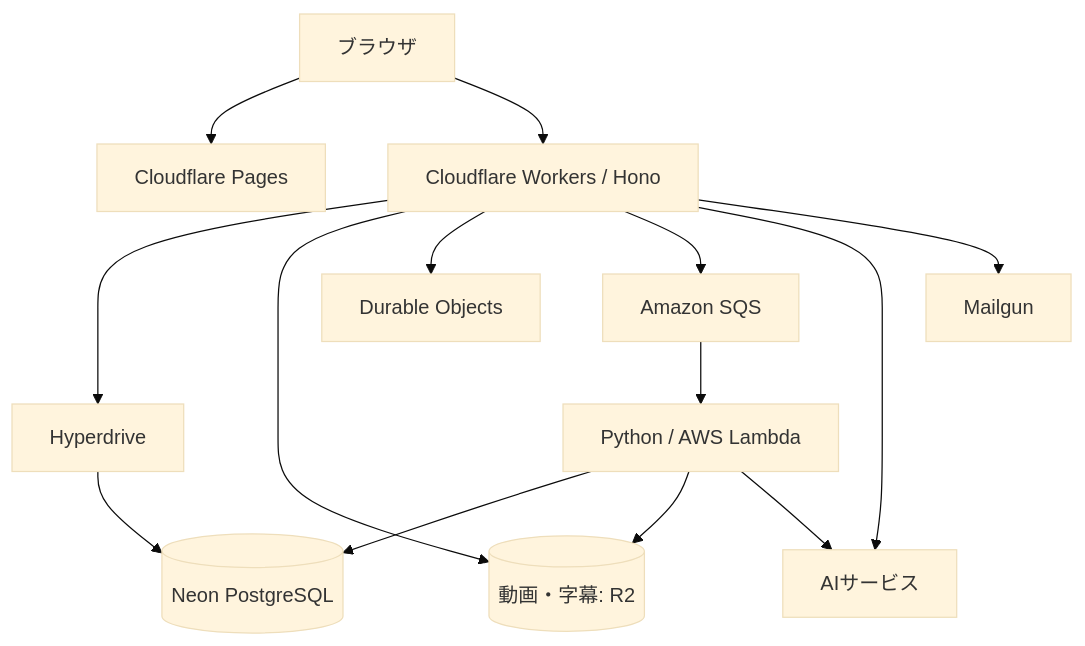
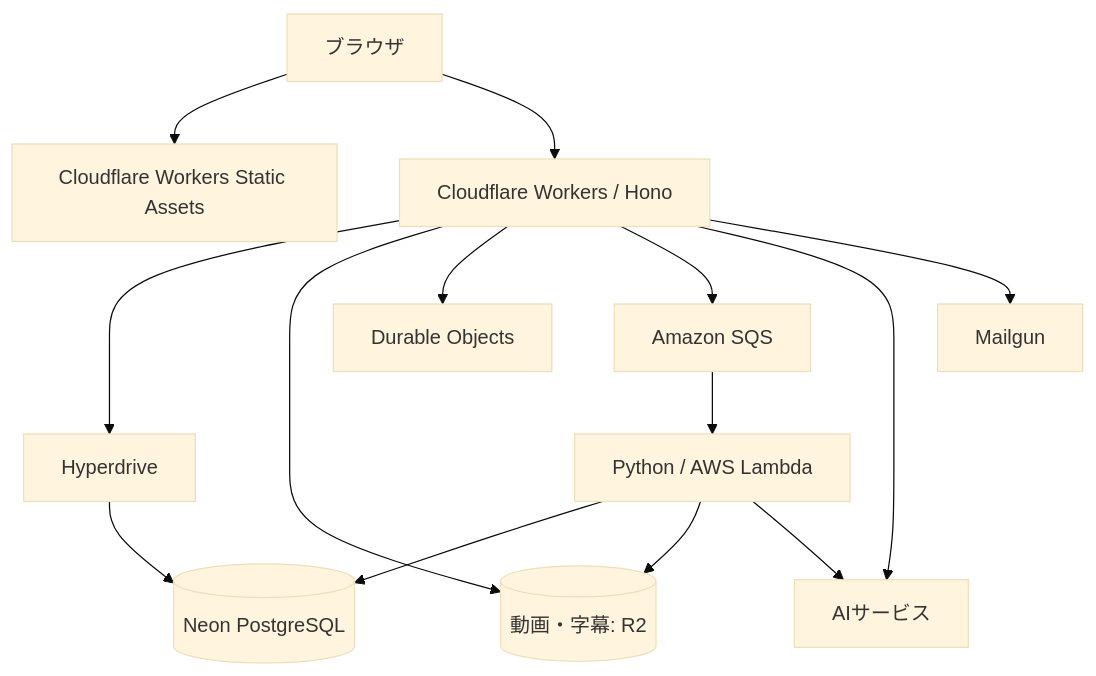
One commit to yukiharada1228/videoq changed the second of 2 diagrams in apps/docs/i18n/ja/docusaurus-plugin-content-docs/current/architecture/system-configuration-diagram.md. Above: the diagram before and after it, drawn with Mermaid (base theme). The commit also changed other lines of this file and 21 other files, not shown here.

First line of the commit message:
feat(web): migrate Pages frontend to Workers Static Assets (#945)

````diff
--- a/apps/docs/i18n/ja/docusaurus-plugin-content-docs/current/architecture/system-configuration-diagram.md
+++ b/apps/docs/i18n/ja/docusaurus-plugin-content-docs/current/architecture/system-configuration-diagram.md
@@ -48,15 +48,15 @@
 ```mermaid
 flowchart TB
-    User[ブラウザ] --> Pages[Cloudflare Pages]
+    User[ブラウザ] --> Web[Cloudflare Workers Static Assets]
     User --> API[Cloudflare Workers / Hono]
     API --> HD[Hyperdrive] --> DB[(Neon PostgreSQL)]
     API --> R2[(動画・字幕: R2)]
     API --> DO[Durable Objects]
     API --> Queue[Amazon SQS]
     Queue --> Worker[Python / AWS Lambda]
     Worker --> DB
     Worker --> R2
     API --> AI[AIサービス]
     Worker --> AI
     API --> Mail[Mailgun]
 ```
````
